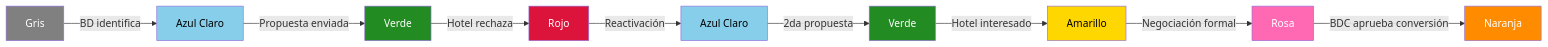
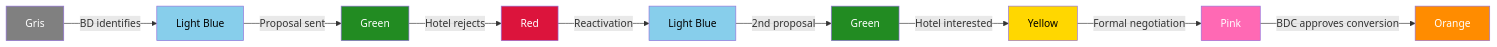
One commit to DevelopmentRWG/oranje-matrix-system changed the diagram in Simulaciones/Simulación - Punto de Vista de Ventas.md. Above: the diagram before and after it, drawn with Mermaid. The commit also changed other lines of this file and 6 other files, not shown here.

````diff
--- a/Simulaciones/Simulación - Punto de Vista de Ventas.md
+++ b/Simulaciones/Simulación - Punto de Vista de Ventas.md
@@ -417,21 +417,21 @@
 ```mermaid
 graph LR
-    Gris -->|BD identifica| AC1[Azul Claro]
-    AC1 -->|Propuesta enviada| V1[Verde]
-    V1 -->|Hotel rechaza| Rojo
-    Rojo -->|Reactivación| AC2[Azul Claro]
-    AC2 -->|2da propuesta| V2[Verde]
-    V2 -->|Hotel interesado| Amarillo
-    Amarillo -->|Negociación formal| Rosa
-    Rosa -->|BDC aprueba conversión| Naranja
+    Gris -->|BD identifies| AC1[Light Blue]
+    AC1 -->|Proposal sent| V1[Green]
+    V1 -->|Hotel rejects| Rojo[Red]
+    Rojo -->|Reactivation| AC2[Light Blue]
+    AC2 -->|2nd proposal| V2[Green]
+    V2 -->|Hotel interested| Amarillo[Yellow]
+    Amarillo -->|Formal negotiation| Rosa[Pink]
+    Rosa -->|BDC approves conversion| Naranja[Orange]
 
     style Gris fill:#808080,color:#fff
     style AC1 fill:#87CEEB,color:#000
     style AC2 fill:#87CEEB,color:#000
     style V1 fill:#228B22,color:#fff
     style V2 fill:#228B22,color:#fff
     style Rojo fill:#DC143C,color:#fff
     style Amarillo fill:#FFD700,color:#000
     style Rosa fill:#FF69B4,color:#fff
     style Naranja fill:#FF8C00,color:#fff
 ```
````
